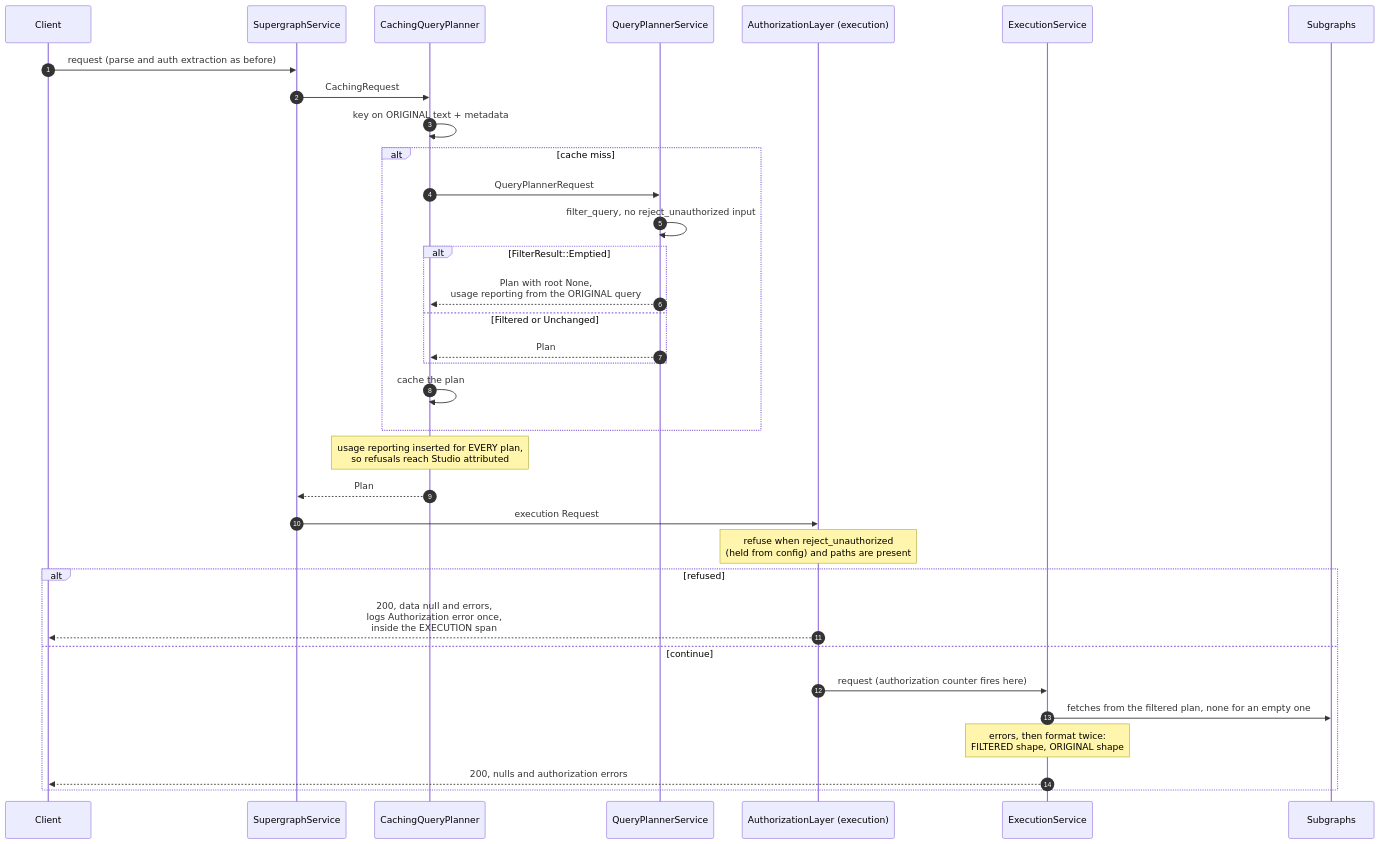
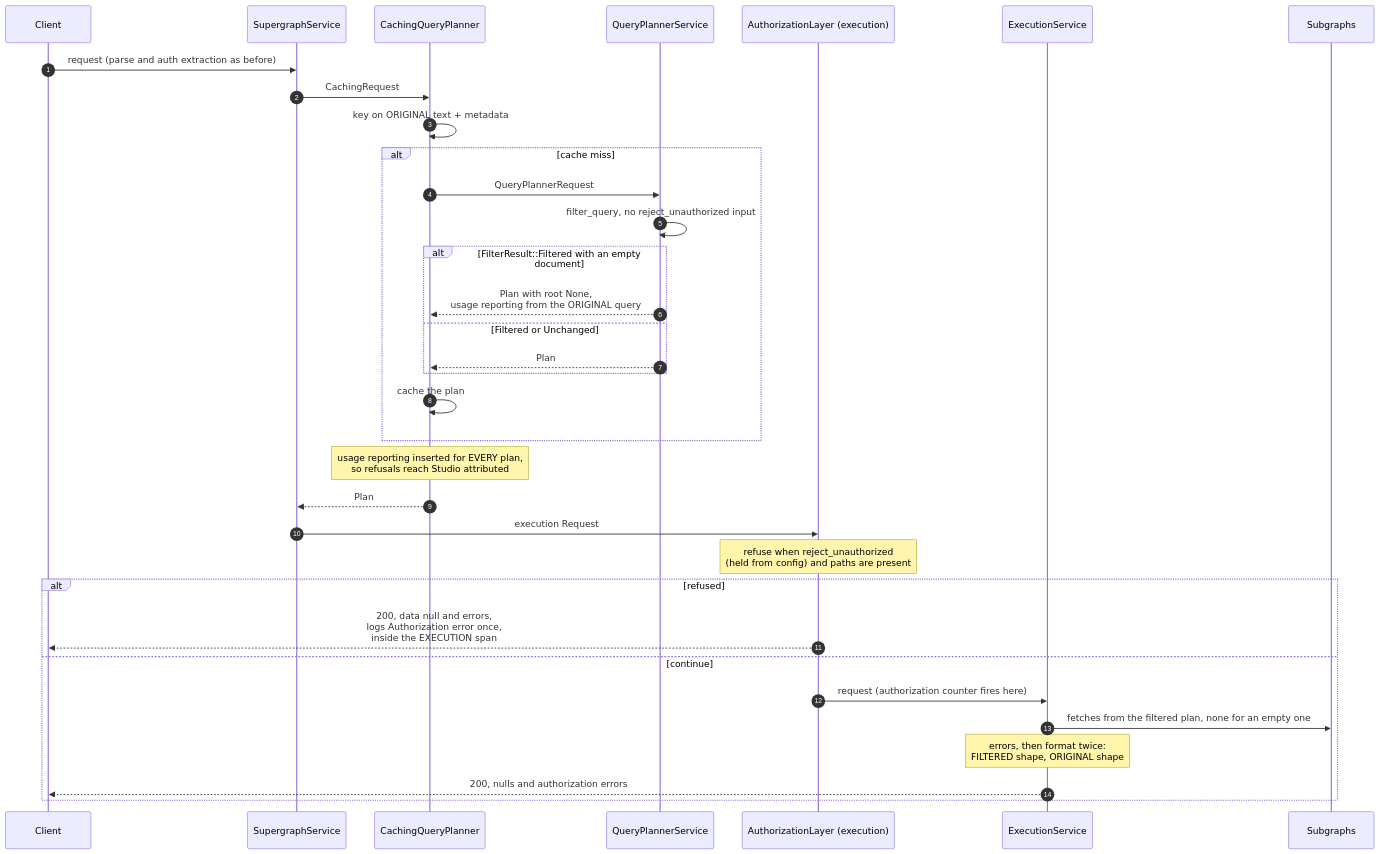
The second of 2 diagrams in dev-docs/authorization-query-planning.md (apollographql/router), drawn with Mermaid before and after one commit. The commit also changed other lines of this file, not shown here.

````diff
--- a/dev-docs/authorization-query-planning.md
+++ b/dev-docs/authorization-query-planning.md
@@ -58,39 +58,39 @@
 ```mermaid
 sequenceDiagram
     autonumber
     participant C as Client
     participant SG as SupergraphService
     participant CQP as CachingQueryPlanner
     participant QPS as QueryPlannerService
     participant AL as AuthorizationLayer (execution)
     participant ES as ExecutionService
     participant SUB as Subgraphs
 
     C->>SG: request (parse and auth extraction as before)
     SG->>CQP: CachingRequest
     CQP->>CQP: key on ORIGINAL text + metadata
 
     alt cache miss
         CQP->>QPS: QueryPlannerRequest
         QPS->>QPS: filter_query, no reject_unauthorized input
-        alt FilterResult::Emptied
+        alt FilterResult::Filtered with an empty document
             QPS-->>CQP: Plan with root None,<br/>usage reporting from the ORIGINAL query
         else Filtered or Unchanged
             QPS-->>CQP: Plan
         end
         CQP->>CQP: cache the plan
     end
     Note over CQP: usage reporting inserted for EVERY plan,<br/>so refusals reach Studio attributed
 
     CQP-->>SG: Plan
     SG->>AL: execution Request
     Note over AL: refuse when reject_unauthorized<br/>(held from config) and paths are present
     alt refused
         AL-->>C: 200, data null and errors,<br/>logs Authorization error once,<br/>inside the EXECUTION span
     else continue
         AL->>ES: request (authorization counter fires here)
         ES->>SUB: fetches from the filtered plan, none for an empty one
         Note over ES: errors, then format twice:<br/>FILTERED shape, ORIGINAL shape
         ES-->>C: 200, nulls and authorization errors
     end
 ```
````
